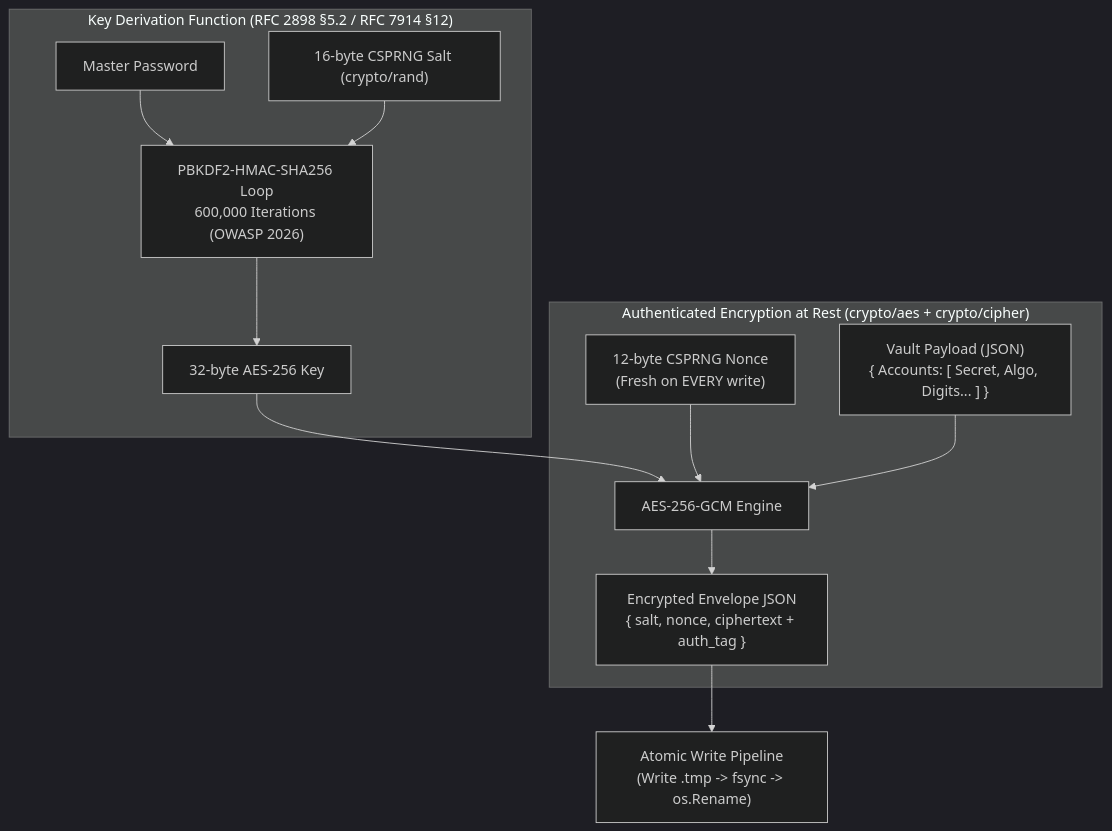
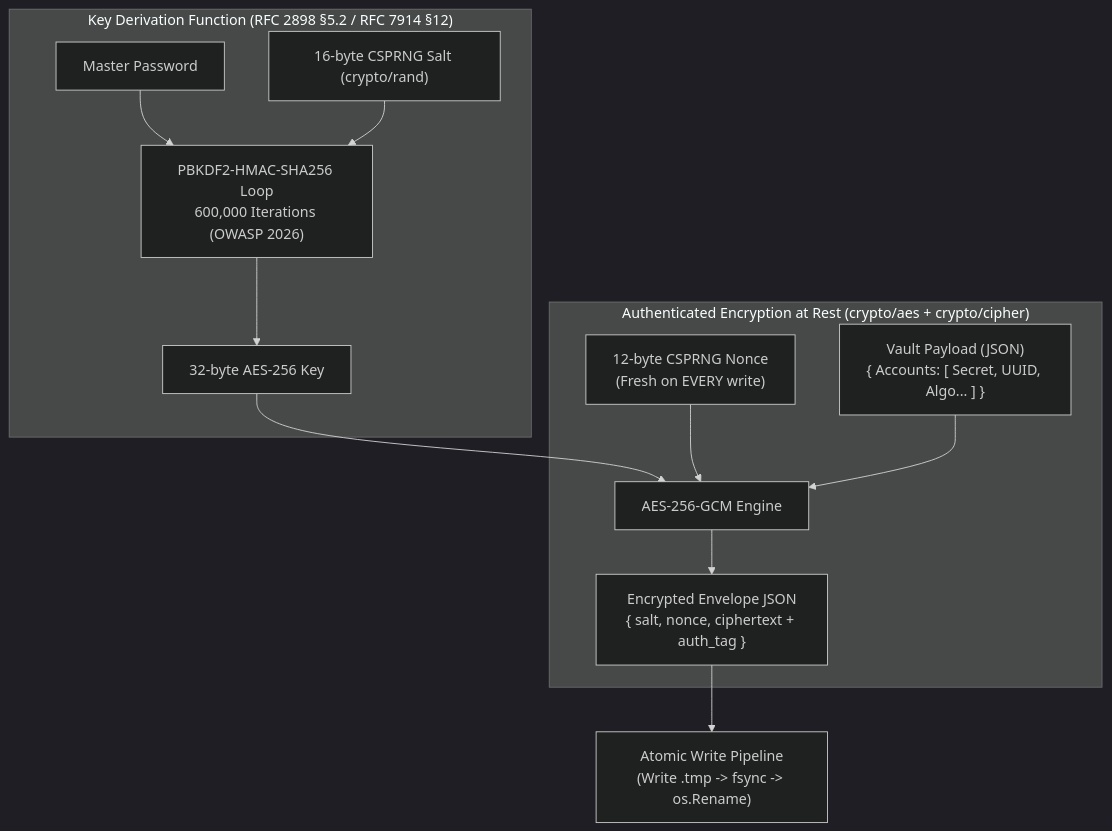
One commit to moin08s/stdotp changed the second of 4 diagrams in README.md. Above: the diagram before and after it, drawn with Mermaid (dark theme). The commit also changed other lines of this file and 3 other files, not shown here.

````diff
--- a/README.md
+++ b/README.md
@@ -152,17 +153,17 @@
 ```mermaid
 flowchart TD
     subgraph KDF["Key Derivation Function (RFC 2898 §5.2 / RFC 7914 §12)"]
         Password[Master Password] --> PBKDF2Loop["PBKDF2-HMAC-SHA256 Loop<br/>600,000 Iterations (OWASP 2026)"]
         Salt["16-byte CSPRNG Salt (crypto/rand)"] --> PBKDF2Loop
         PBKDF2Loop --> DerivedKey["32-byte AES-256 Key"]
     end
 
     subgraph AEAD["Authenticated Encryption at Rest (crypto/aes + crypto/cipher)"]
         DerivedKey --> AESGCM["AES-256-GCM Engine"]
         FreshNonce["12-byte CSPRNG Nonce<br/>(Fresh on EVERY write)"] --> AESGCM
-        PlaintextJSON["Vault Payload (JSON)<br/>{ Accounts: [ Secret, Algo, Digits... ] }"] --> AESGCM
+        PlaintextJSON["Vault Payload (JSON)<br/>{ Accounts: [ Secret, UUID, Algo... ] }"] --> AESGCM
         AESGCM --> EncryptedEnvelope["Encrypted Envelope JSON<br/>{ salt, nonce, ciphertext + auth_tag }"]
     end
 
     EncryptedEnvelope --> AtomicWrite["Atomic Write Pipeline<br/>(Write .tmp -> fsync -> os.Rename)"]
 ```
````
